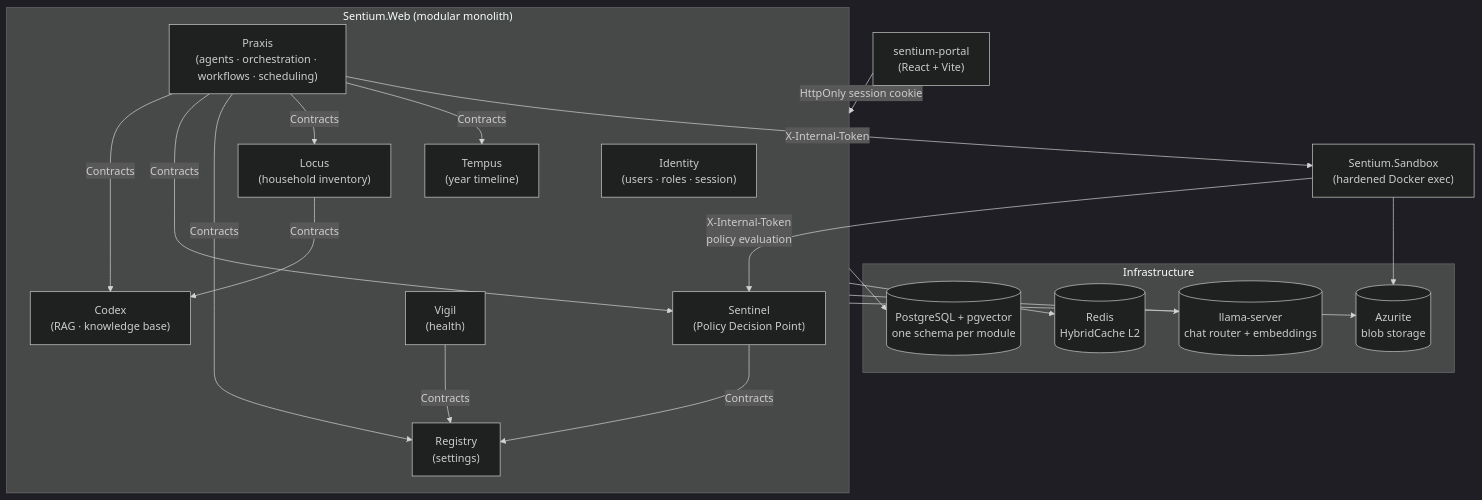
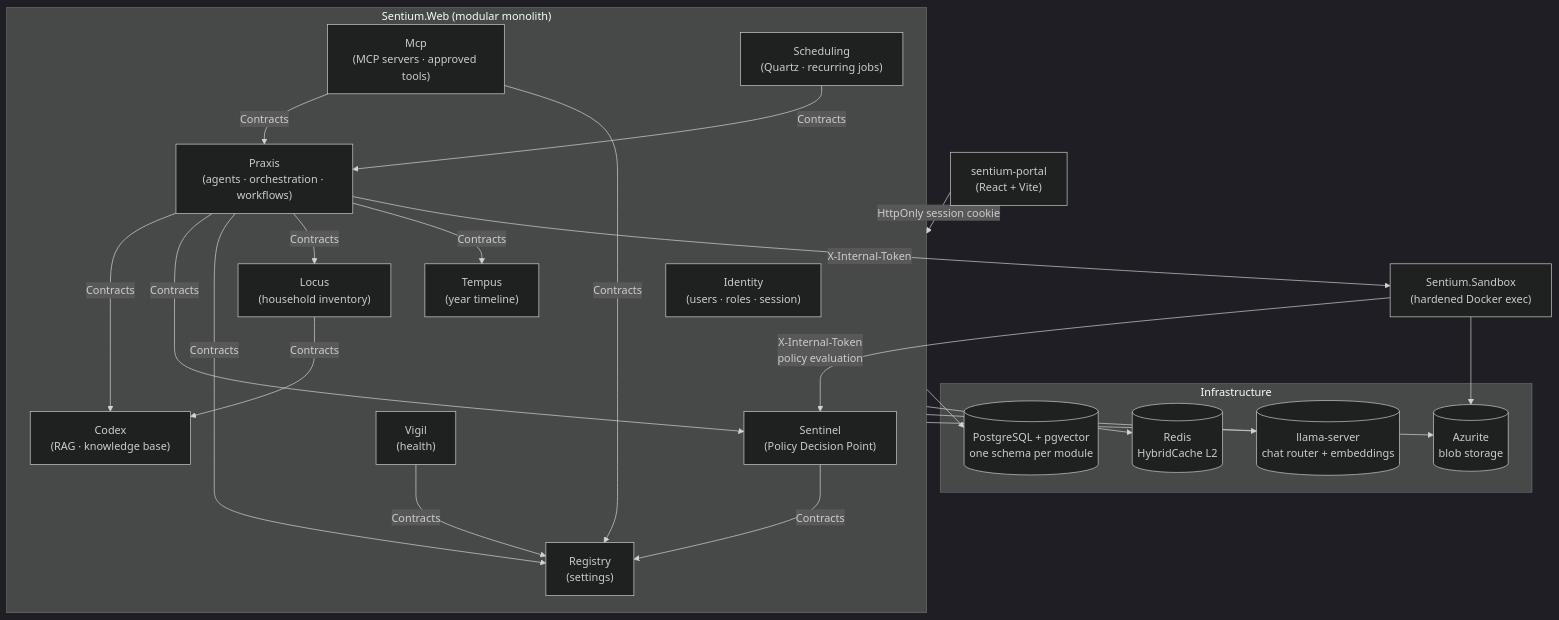
Before and after one commit to mihailshterev/sentium: the diagram in README.md, drawn with Mermaid (dark theme). The commit also changed other lines of this file and 489 other files, not shown here.

````diff
--- a/README.md
+++ b/README.md
@@ -52,35 +52,39 @@
 ```mermaid
 flowchart TB
     Portal["sentium-portal<br/>(React + Vite)"]
 
     Portal -->|HttpOnly session cookie| Web
 
     subgraph Web["Sentium.Web (modular monolith)"]
         Identity["Identity<br/>(users · roles · session)"]
-        Praxis["Praxis<br/>(agents · orchestration · workflows · scheduling)"]
+        Praxis["Praxis<br/>(agents · orchestration · workflows)"]
+        Mcp["Mcp<br/>(MCP servers · approved tools)"]
+        Scheduling["Scheduling<br/>(Quartz · recurring jobs)"]
         Codex["Codex<br/>(RAG · knowledge base)"]
         Locus["Locus<br/>(household inventory)"]
         Tempus["Tempus<br/>(year timeline)"]
         Sentinel["Sentinel<br/>(Policy Decision Point)"]
         Registry["Registry<br/>(settings)"]
         Vigil["Vigil<br/>(health)"]
     end
 
     Praxis -->|Contracts| Codex & Sentinel & Registry & Locus & Tempus
+    Mcp -->|Contracts| Praxis & Registry
+    Scheduling -->|Contracts| Praxis
     Locus -->|Contracts| Codex
     Sentinel -->|Contracts| Registry
     Vigil -->|Contracts| Registry
 
     Praxis -->|X-Internal-Token| Sandbox["Sentium.Sandbox<br/>(hardened Docker exec)"]
     Sandbox -->|X-Internal-Token<br/>policy evaluation| Sentinel
 
     subgraph Infrastructure
         PG[("PostgreSQL + pgvector<br/>one schema per module")]
         Redis[("Redis<br/>HybridCache L2")]
         LLM[("llama-server<br/>chat router + embeddings")]
         Blobs[("Azurite<br/>blob storage")]
     end
 
     Web --> PG & Redis & LLM & Blobs
     Sandbox --> Blobs
 ```
````
